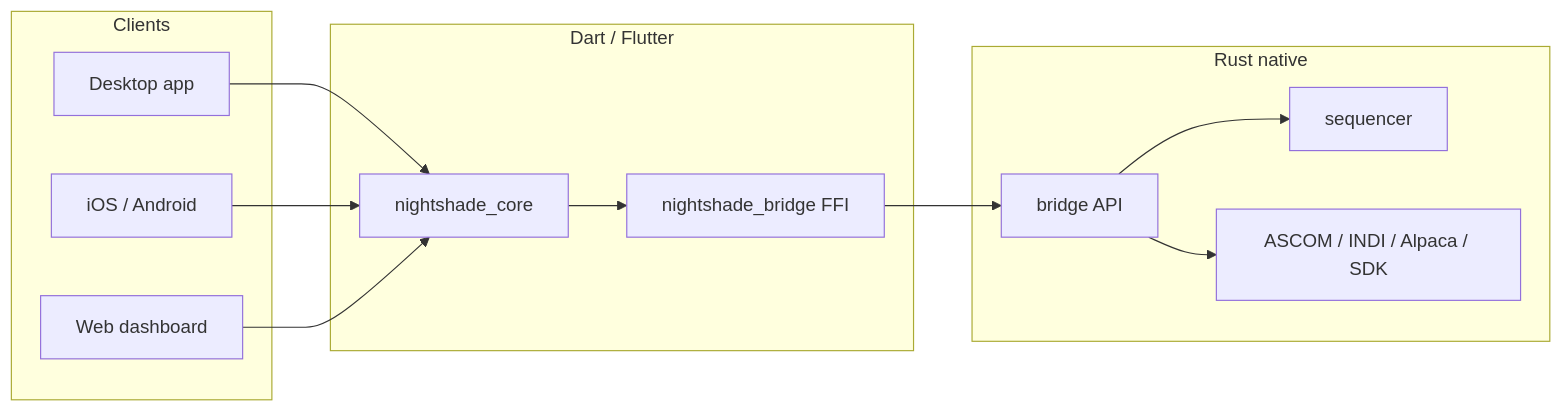
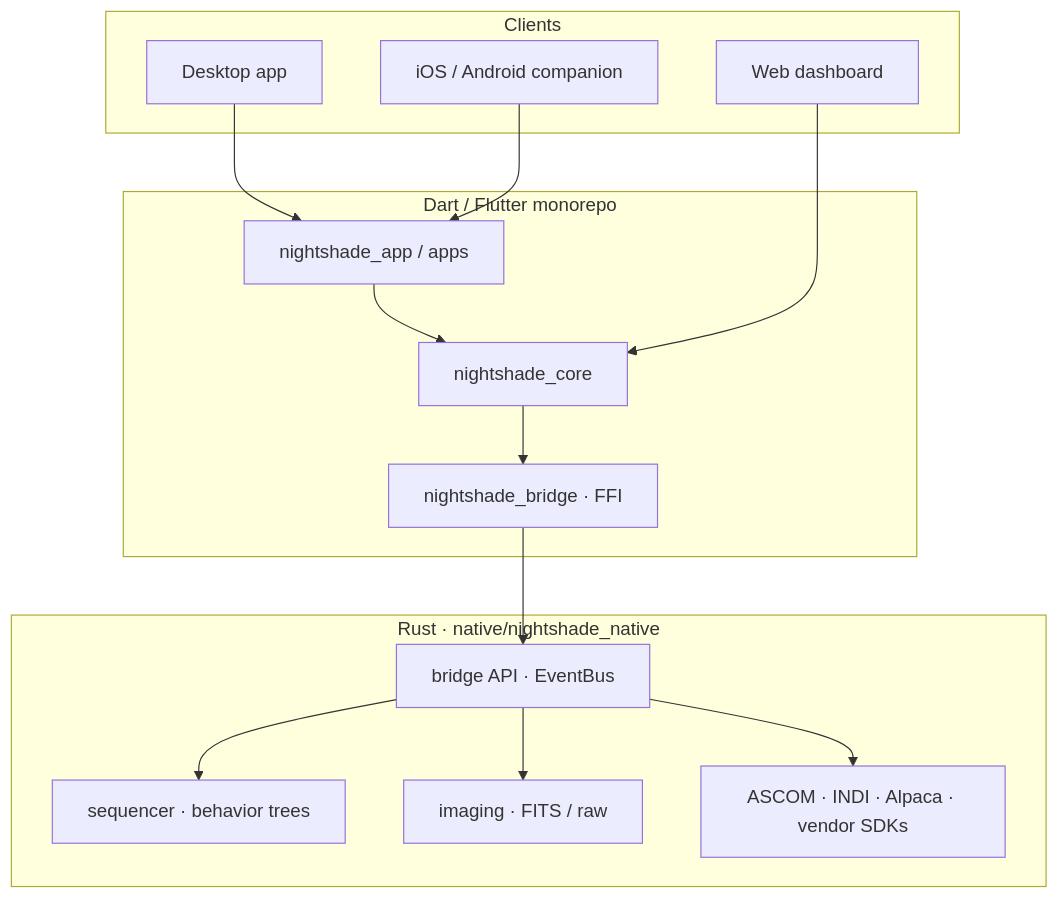
Before and after one commit to Scdouglas1999/Nightshade: the diagram in README.md, drawn with Mermaid. The commit also changed other lines of this file, not shown here.

````diff
--- a/README.md
+++ b/README.md
@@ -165,23 +383,31 @@
 ```mermaid
-flowchart LR
-  subgraph clients["Clients"]
-    Desktop["Desktop app"]
-    Mobile["iOS / Android"]
-    Web["Web dashboard"]
-  end
-  subgraph dart["Dart / Flutter"]
-    Core["nightshade_core"]
-    Bridge["nightshade_bridge FFI"]
-  end
-  subgraph rust["Rust native"]
-    API["bridge API"]
-    Seq["sequencer"]
-    Drv["ASCOM / INDI / Alpaca / SDK"]
-  end
-  Desktop --> Core
-  Mobile --> Core
-  Web --> Core
-  Core --> Bridge --> API
-  API --> Seq
-  API --> Drv
+flowchart TB
+ subgraph clients["Clients"]
+ Desktop["Desktop app"]
+ Mobile["iOS / Android companion"]
+ Web["Web dashboard"]
+ end
+
+ subgraph dart["Dart / Flutter monorepo"]
+ App["nightshade_app / apps"]
+ Core["nightshade_core"]
+ Bridge["nightshade_bridge · FFI"]
+ App --> Core
+ Core --> Bridge
+ end
+
+ subgraph rust["Rust · native/nightshade_native"]
+ API["bridge API · EventBus"]
+ Seq["sequencer · behavior trees"]
+ Img["imaging · FITS / raw"]
+ Drv["ASCOM · INDI · Alpaca · vendor SDKs"]
+ API --> Seq
+ API --> Img
+ API --> Drv
+ end
+
+ Desktop --> App
+ Mobile --> App
+ Web --> Core
+ Bridge --> API
 ```
````
